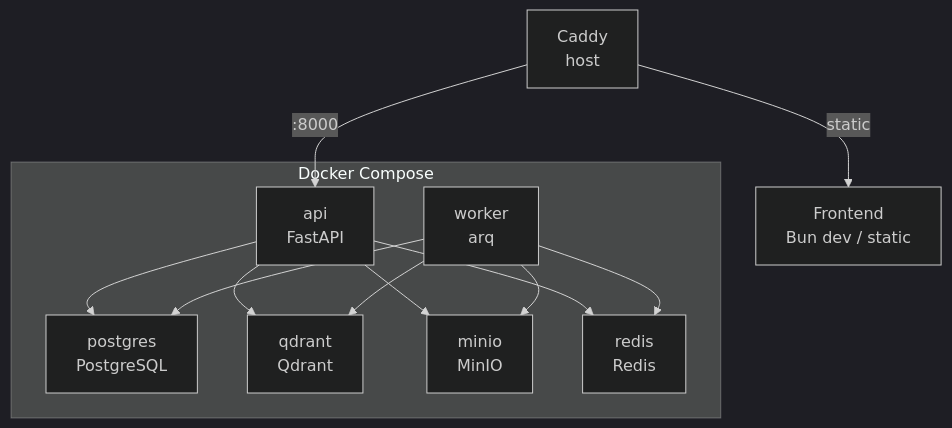
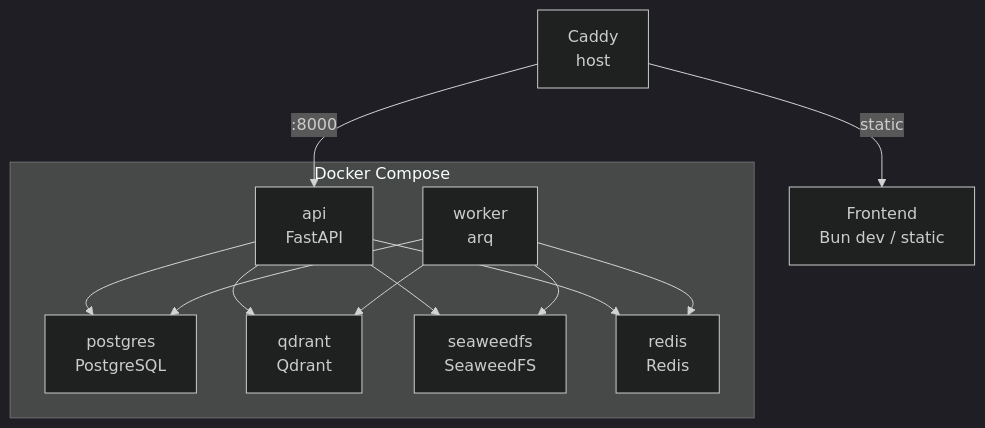
The seventh of 8 diagrams in docs/architecture.md (itechmeat/proxymind), drawn with Mermaid (dark theme) before and after one commit. The commit also changed other lines of this file and 41 other files, not shown here.

First line of the commit message:
feat(storage): replace MinIO with SeaweedFS for object storage (S2-05)

````diff
--- a/docs/architecture.md
+++ b/docs/architecture.md
@@ -370,24 +370,24 @@
 ```mermaid
 graph TB
     subgraph Docker Compose
         API[api<br/>FastAPI]
         Worker[worker<br/>arq]
         PG[postgres<br/>PostgreSQL]
         Q[qdrant<br/>Qdrant]
-        M[minio<br/>MinIO]
+        M[seaweedfs<br/>SeaweedFS]
         R[redis<br/>Redis]
     end
 
     Caddy[Caddy<br/>host] -->|:8000| API
     Caddy -->|static| Frontend[Frontend<br/>Bun dev / static]
 
     API --> PG
     API --> Q
     API --> M
     API --> R
 
     Worker --> PG
     Worker --> Q
     Worker --> M
     Worker --> R
 ```
````
